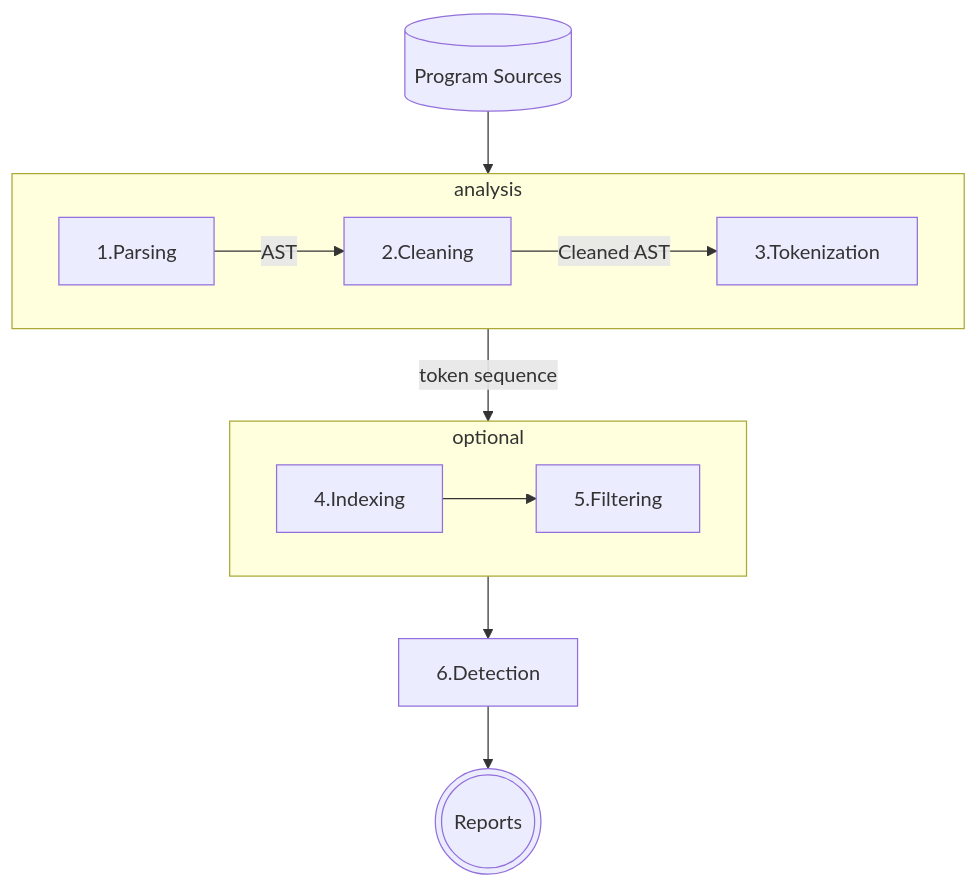
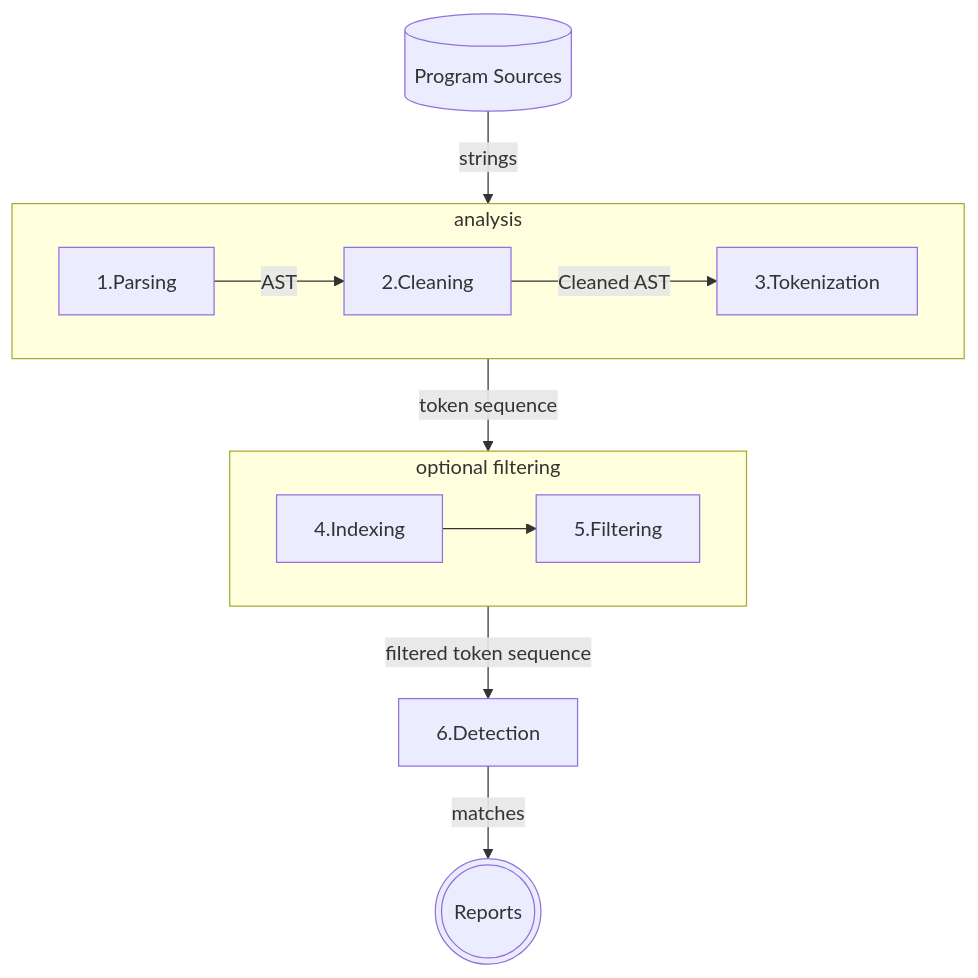
One commit to tassiLuca/bachelor-thesis changed the diagram in resources/schemas/03-system-overview.mmd. Above: the diagram before and after it, drawn with Mermaid. The commit also changed 7 other files, not shown here.

```diff
--- a/resources/schemas/03-system-overview.mmd
+++ b/resources/schemas/03-system-overview.mmd
@@ -1,14 +1,14 @@
 flowchart TB
-    sources[(Program Sources)] --> analysis
+    sources[(Program Sources)] -- strings --> analysis
     subgraph analysis
     direction LR
         Parsing[1.Parsing] -- AST --> Cleaning[2.Cleaning]
         Cleaning -- Cleaned AST --> Tokenization[3.Tokenization]
     end
     analysis -- token sequence --> optional
-    subgraph optional
+    subgraph optional[optional filtering]
         direction LR
         Indexing[4.Indexing] --> Filtering[5.Filtering]
     end
-    optional --> Detection[6.Detection]
-    Detection --> result(((Reports)))
+    optional -- filtered token sequence --> Detection[6.Detection]
+    Detection -- matches --> result(((Reports)))
```
